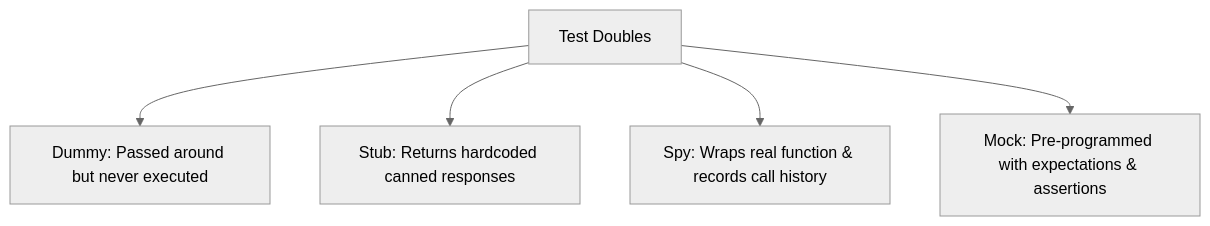
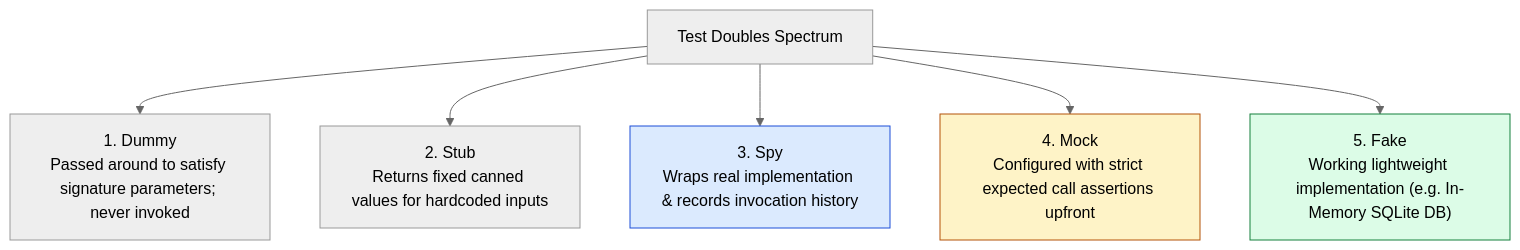
One commit to Amie-dev/engineering-playbook changed the first of 2 diagrams in js-testing/04-mocking-basics.md. Above: the diagram before and after it, drawn with Mermaid (neutral theme). The commit also changed other lines of this file and 14 other files, not shown here.

First line of the commit message:
refactor: Enhance integration testing documentation with detailed architecture, testing levels comparison, and code examples

````diff
--- a/js-testing/04-mocking-basics.md
+++ b/js-testing/04-mocking-basics.md
@@ -10,7 +15,12 @@
 ```mermaid
-graph TD
-    Double[Test Doubles] --> Dummy["Dummy: Passed around but never executed"]
-    Double --> Stub["Stub: Returns hardcoded canned responses"]
-    Double --> Spy["Spy: Wraps real function & records call history"]
-    Double --> Mock["Mock: Pre-programmed with expectations & assertions"]
+flowchart TD
+    Double["Test Doubles Spectrum"] --> Dummy["1. Dummy<br/>Passed around to satisfy signature parameters; never invoked"]
+    Double --> Stub["2. Stub<br/>Returns fixed canned values for hardcoded inputs"]
+    Double --> Spy["3. Spy<br/>Wraps real implementation & records invocation history"]
+    Double --> Mock["4. Mock<br/>Configured with strict expected call assertions upfront"]
+    Double --> Fake["5. Fake<br/>Working lightweight implementation (e.g. In-Memory SQLite DB)"]
+
+    style Spy fill:#dbeafe,stroke:#1d4ed8
+    style Mock fill:#fef3c7,stroke:#b45309
+    style Fake fill:#dcfce7,stroke:#15803d
 ```
````
